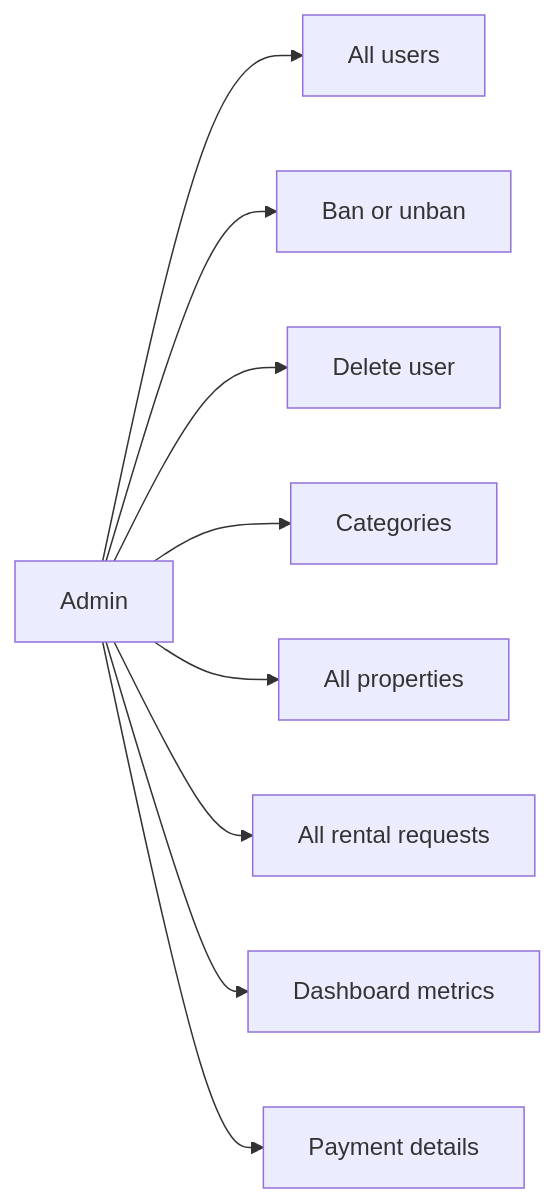
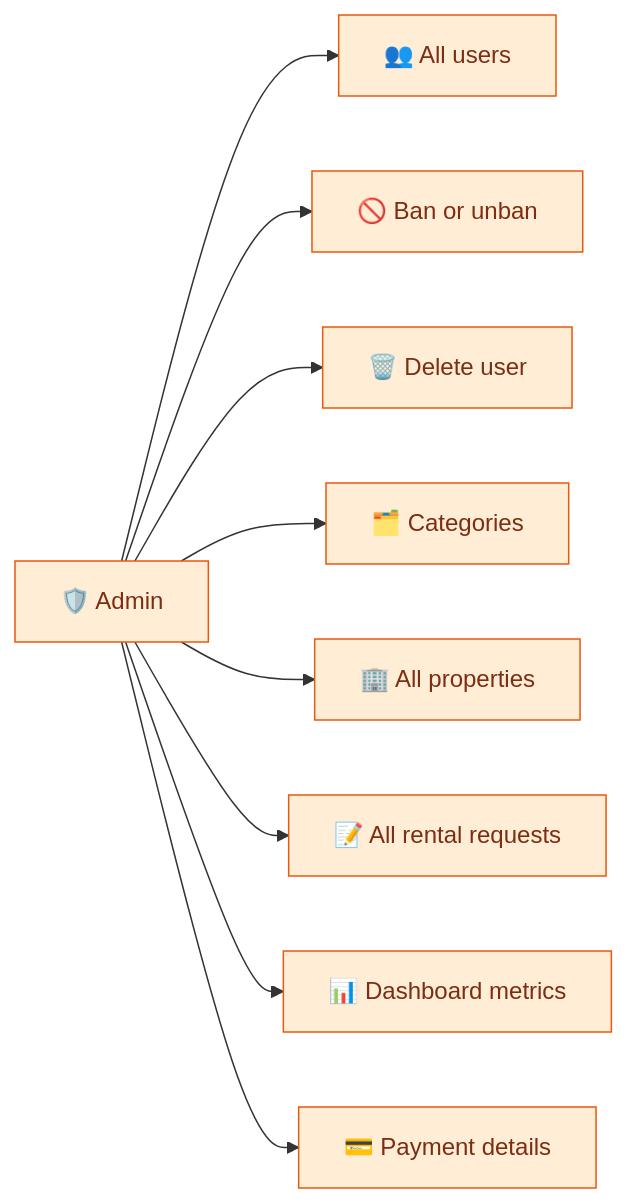
The ninth of 12 diagrams in RentNest-full-workflow.md (kaziashik/rentnest_frontend-), drawn with Mermaid before and after one commit. The commit also changed other lines of this file, not shown here.

````diff
--- a/RentNest-full-workflow.md
+++ b/RentNest-full-workflow.md
@@ -259,11 +328,14 @@
 ```mermaid
 flowchart LR
-    A[Admin] --> B[All users]
-    A --> C[Ban or unban]
-    A --> D[Delete user]
-    A --> E[Categories]
-    A --> F[All properties]
-    A --> G[All rental requests]
-    A --> H[Dashboard metrics]
-    A --> I[Payment details]
+    A["🛡️ Admin"] --> B["👥 All users"]
+    A --> C["🚫 Ban or unban"]
+    A --> D["🗑️ Delete user"]
+    A --> E["🗂️ Categories"]
+    A --> F["🏢 All properties"]
+    A --> G["📝 All rental requests"]
+    A --> H["📊 Dashboard metrics"]
+    A --> I["💳 Payment details"]
+
+    classDef admin fill:#ffedd5,stroke:#ea580c,color:#7c2d12
+    class A,B,C,D,E,F,G,H,I admin
 ```
````
